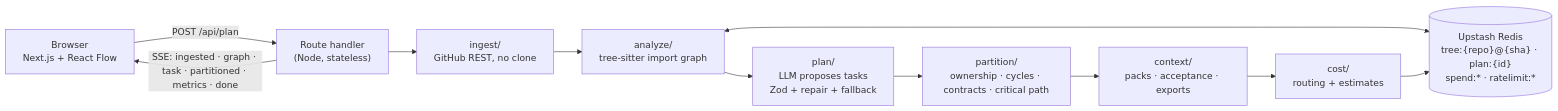
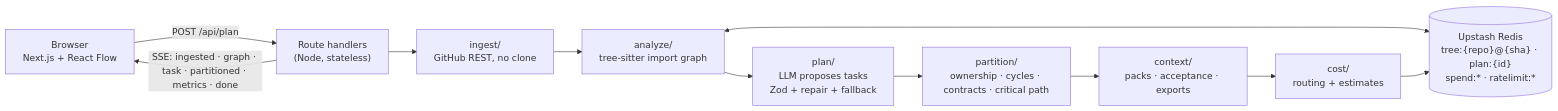
The diagram in README.md (yugh88/splitfire), drawn with Mermaid before and after one commit. The commit also changed other lines of this file and 5 other files, not shown here.

````diff
--- a/README.md
+++ b/README.md
@@ -48,13 +53,13 @@
 ```mermaid
 flowchart LR
-  UI["Browser<br/>Next.js + React Flow"] -- "POST /api/plan" --> API["Route handler<br/>(Node, stateless)"]
+  UI["Browser<br/>Next.js + React Flow"] -- "POST /api/plan" --> API["Route handlers<br/>(Node, stateless)"]
   API -- "SSE: ingested · graph · task · partitioned · metrics · done" --> UI
   API --> Ingest["ingest/<br/>GitHub REST, no clone"]
   Ingest --> Analyze["analyze/<br/>tree-sitter import graph"]
   Analyze --> Plan["plan/<br/>LLM proposes tasks<br/>Zod + repair + fallback"]
   Plan --> Partition["partition/<br/>ownership · cycles · contracts · critical path"]
   Partition --> Context["context/<br/>packs · acceptance · exports"]
   Context --> Cost["cost/<br/>routing + estimates"]
   Analyze <--> Store[("Upstash Redis<br/>tree:{repo}@{sha} · plan:{id}<br/>spend:* · ratelimit:*")]
   Cost --> Store
 ```
````
